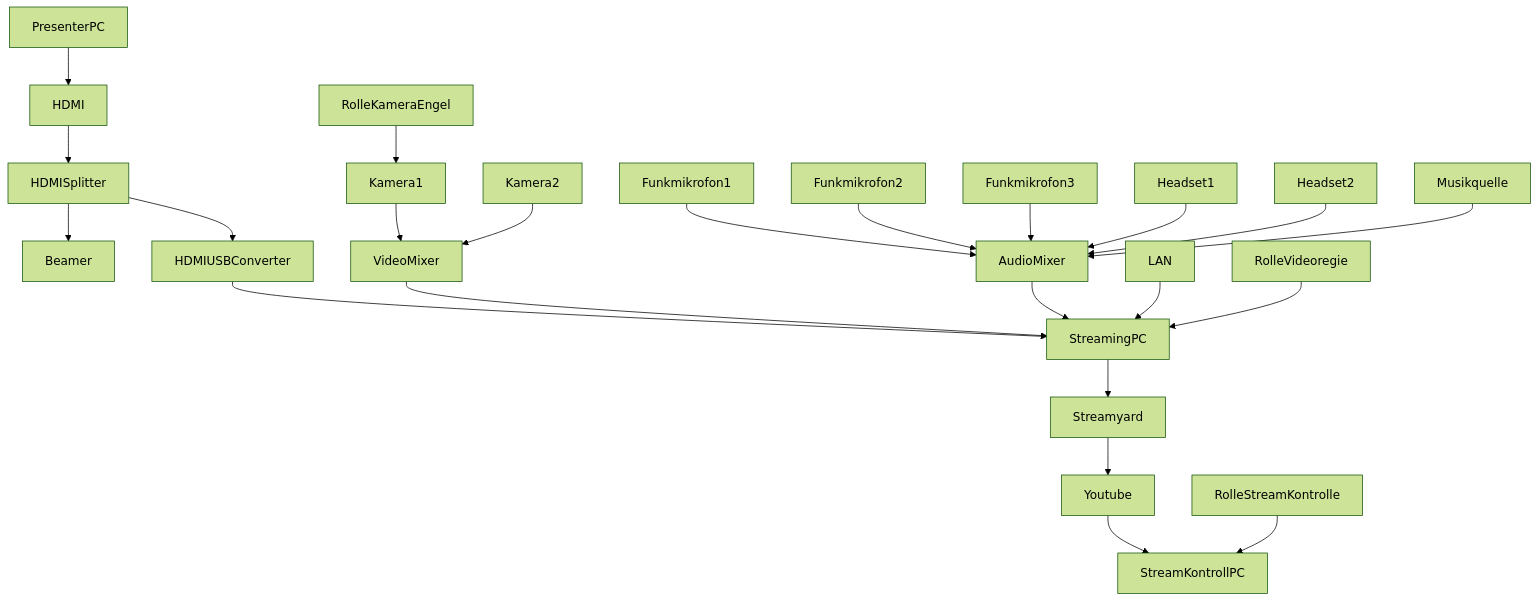
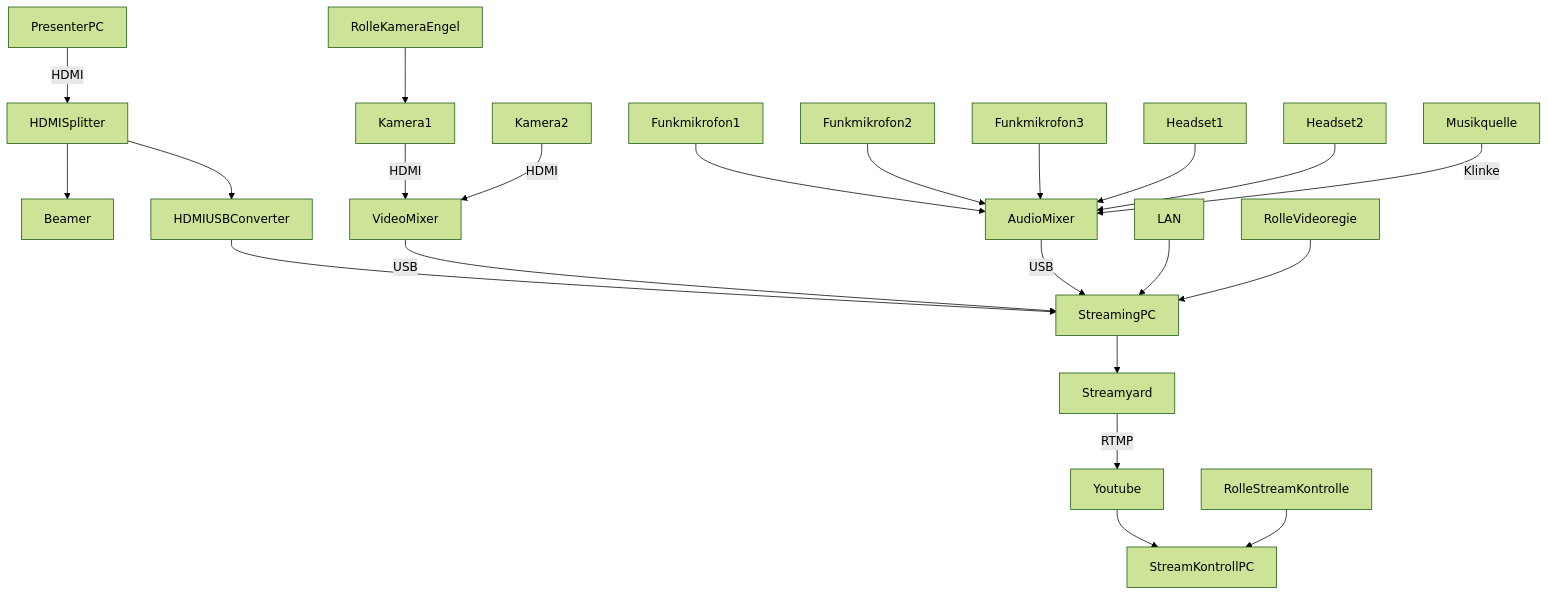
One commit to cogneon/digital-asset-pool changed the first of 2 diagrams in loscon22/Readme.md. Above: the diagram before and after it, drawn with Mermaid (forest theme).

````diff
--- a/loscon22/Readme.md
+++ b/loscon22/Readme.md
@@ -18,25 +18,24 @@
 ```mermaid
   graph TD;
-      PresenterPC-->HDMI;
-      HDMI-->HDMISplitter;
+      PresenterPC-->|HDMI|HDMISplitter;
       HDMISplitter-->Beamer;
       HDMISplitter-->HDMIUSBConverter;
       HDMIUSBConverter-->StreamingPC;
       Funkmikrofon1-->AudioMixer;
       Funkmikrofon2-->AudioMixer;
       Funkmikrofon3-->AudioMixer;
       Headset1-->AudioMixer;
       Headset2-->AudioMixer;
-      Musikquelle-->AudioMixer;
-      Kamera1-->VideoMixer;
+      Musikquelle-->|Klinke|AudioMixer;
+      Kamera1-->|HDMI|VideoMixer;
       RolleKameraEngel-->Kamera1;
-      Kamera2-->VideoMixer;
-      VideoMixer-->StreamingPC;
-      AudioMixer-->StreamingPC;
+      Kamera2-->|HDMI|VideoMixer;
+      VideoMixer-->|USB|StreamingPC;
+      AudioMixer-->|USB|StreamingPC;
       LAN-->StreamingPC;
       StreamingPC-->Streamyard;
-      Streamyard-->Youtube;
+      Streamyard-->|RTMP|Youtube;
       Youtube-->StreamKontrollPC;
       RolleVideoregie-->StreamingPC;
       RolleStreamKontrolle-->StreamKontrollPC;
 ```
````
